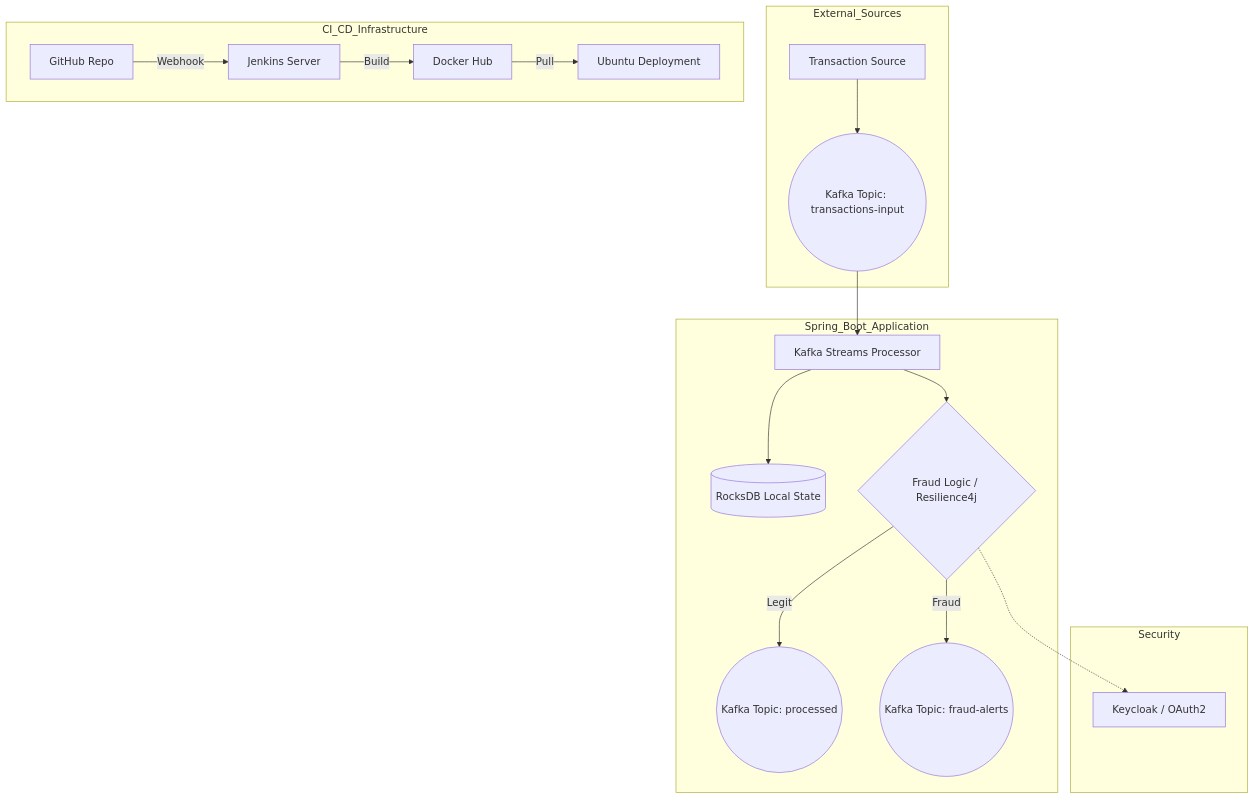
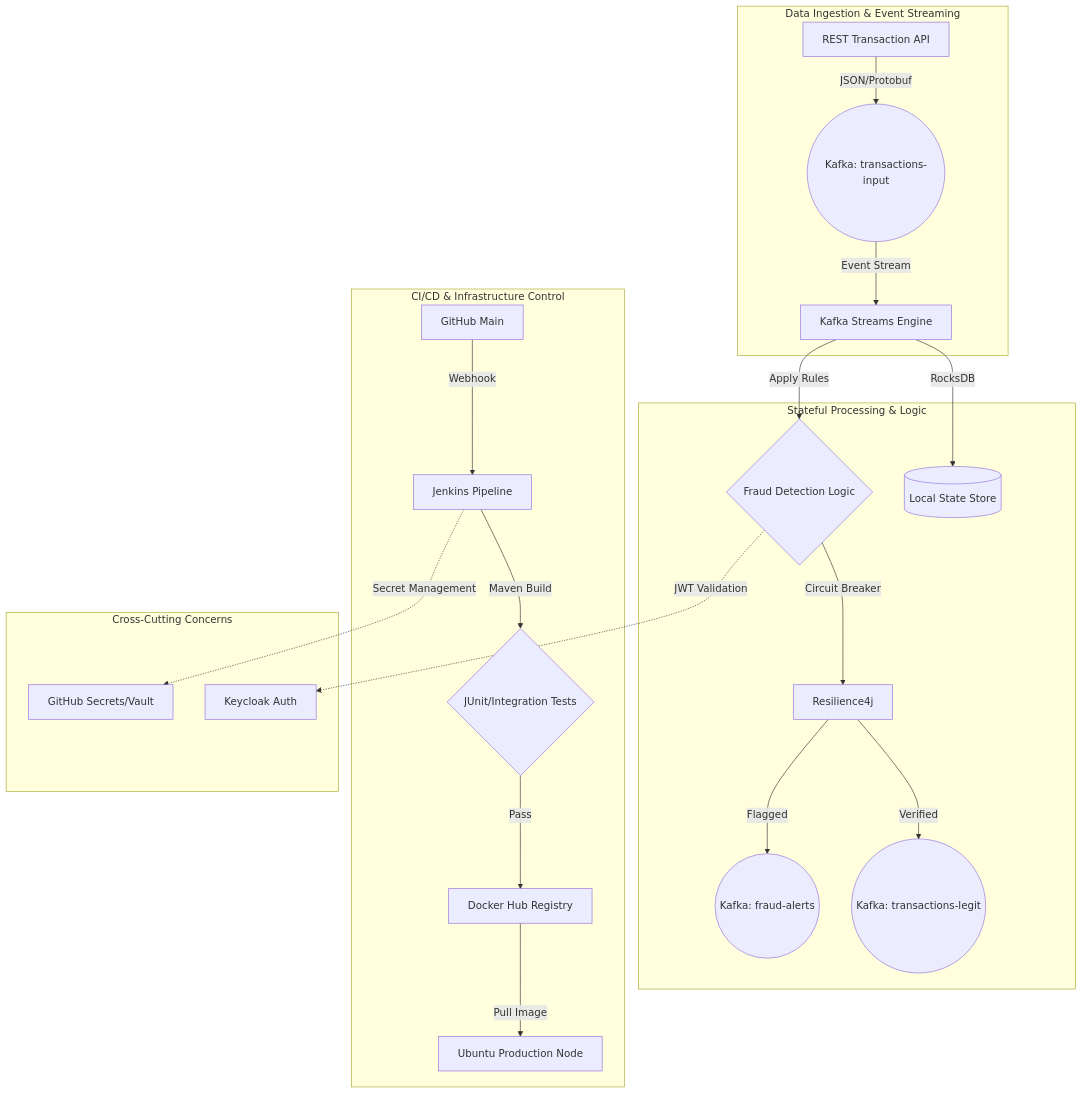
One commit to albertoraaz/fraud-detection-system changed the first of 2 diagrams in README.md. Above: the diagram before and after it, drawn with Mermaid. The commit also changed other lines of this file, not shown here.

````diff
--- a/README.md
+++ b/README.md
@@ -33,24 +26,27 @@
 ```mermaid
 graph TD
-    subgraph External_Sources
-        T[Transaction Source] --> K_In((Kafka Topic: transactions-input))
+    subgraph Data_Ingestion [Data Ingestion & Event Streaming]
+        API[REST Transaction API] -->|JSON/Protobuf| K_In((Kafka: transactions-input))
+        K_In -->|Event Stream| KS[Kafka Streams Engine]
     end
 
-    subgraph Spring_Boot_Application
-        K_In --> KS[Kafka Streams Processor]
-        KS --> State[(RocksDB Local State)]
-        KS --> Logic{Fraud Logic / Resilience4j}
-        Logic -->|Legit| K_Out((Kafka Topic: processed))
-        Logic -->|Fraud| K_Alert((Kafka Topic: fraud-alerts))
+    subgraph Processing_Layer [Stateful Processing & Logic]
+        KS -->|RocksDB| State[(Local State Store)]
+        KS -->|Apply Rules| Logic{Fraud Detection Logic}
+        Logic -->|Circuit Breaker| R4J[Resilience4j]
+        R4J -->|Verified| K_Out((Kafka: transactions-legit))
+        R4J -->|Flagged| K_Alert((Kafka: fraud-alerts))
     end
 
-    subgraph CI_CD_Infrastructure
-        GH[GitHub Repo] -->|Webhook| J[Jenkins Server]
-        J -->|Build| D[Docker Hub]
-        D -->|Pull| PROD[Ubuntu Deployment]
+    subgraph DevOps_Automation [CI/CD & Infrastructure Control]
+        GH[GitHub Main] -->|Webhook| Jenk[Jenkins Pipeline]
+        Jenk -->|Maven Build| Test{JUnit/Integration Tests}
+        Test -->|Pass| DH[Docker Hub Registry]
+        DH -->|Pull Image| Prod[Ubuntu Production Node]
     end
 
-    subgraph Security
-        Logic -.-> KC[Keycloak / OAuth2]
+    subgraph Security_Identity [Cross-Cutting Concerns]
+        Logic -.->|JWT Validation| KC[Keycloak Auth]
+        Jenk -.->|Secret Management| GH_Sec[GitHub Secrets/Vault]
     end
    ```
````
